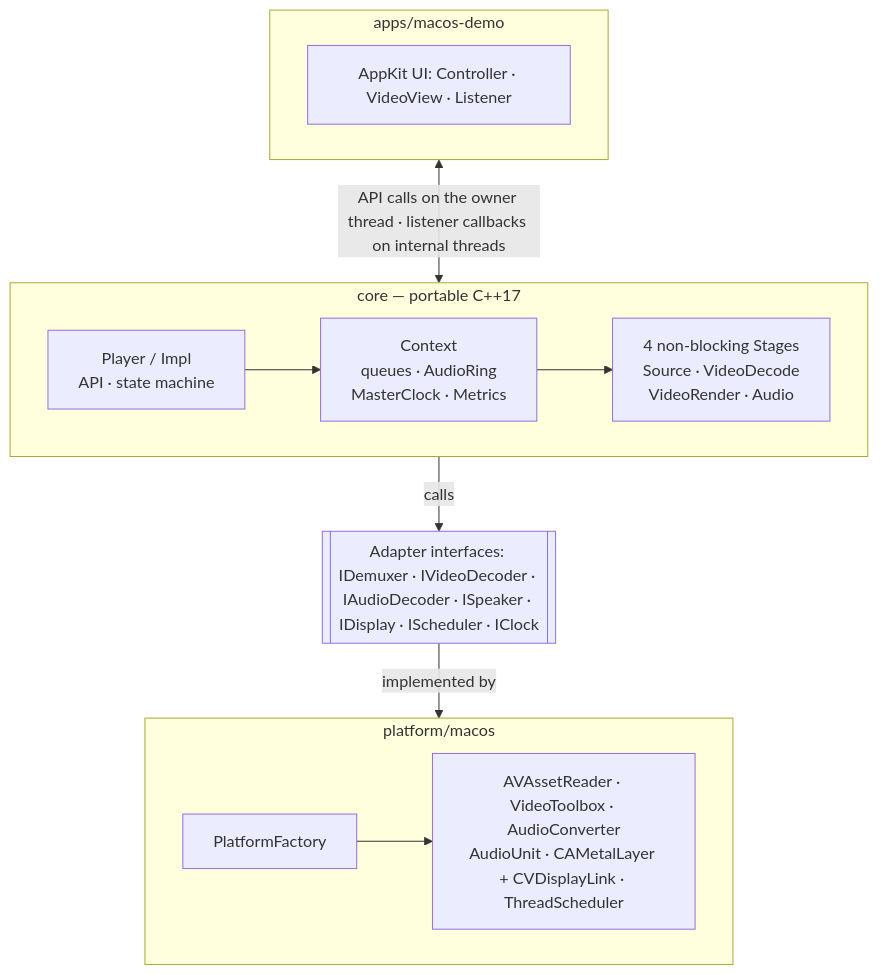
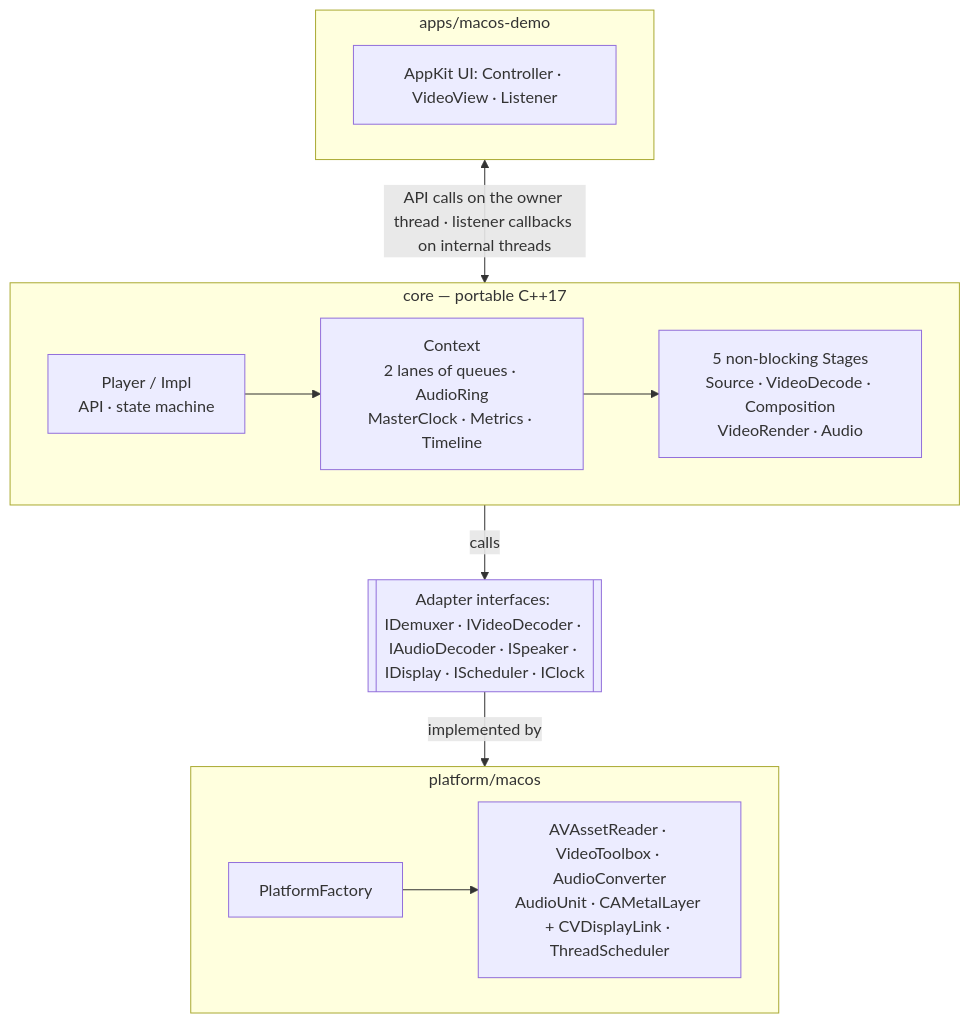
The first of 3 diagrams in README.md (aray4702/media_framework), drawn with Mermaid before and after one commit. The commit also changed other lines of this file and 17 other files, not shown here.

First line of the commit message:
Add composition stage: multi-clip timeline, slide transitions, captions, filter

````diff
--- a/README.md
+++ b/README.md
@@ -219,22 +240,22 @@
 ```mermaid
 flowchart TB
     subgraph app["apps/macos-demo"]
         UI["AppKit UI: Controller · VideoView · Listener"]
     end
 
     subgraph core["core — portable C++17"]
         direction LR
-        Player["Player / Impl<br/>API · state machine"] --> Ctx["Context<br/>queues · AudioRing<br/>MasterClock · Metrics"] --> Stages["4 non-blocking Stages<br/>Source · VideoDecode<br/>VideoRender · Audio"]
+        Player["Player / Impl<br/>API · state machine"] --> Ctx["Context<br/>2 lanes of queues · AudioRing<br/>MasterClock · Metrics · Timeline"] --> Stages["5 non-blocking Stages<br/>Source · VideoDecode · Composition<br/>VideoRender · Audio"]
     end
 
     IF[["Adapter interfaces: IDemuxer · IVideoDecoder · IAudioDecoder · ISpeaker · IDisplay · IScheduler · IClock"]]
 
     subgraph mac["platform/macos"]
         direction LR
         PF["PlatformFactory"] --> Impl["AVAssetReader · VideoToolbox · AudioConverter<br/>AudioUnit · CAMetalLayer + CVDisplayLink · ThreadScheduler"]
     end
 
     app <-- "API calls on the owner thread · listener callbacks on internal threads" --> core
     core -- "calls" --> IF
     IF -- "implemented by" --> mac
 ```
````
